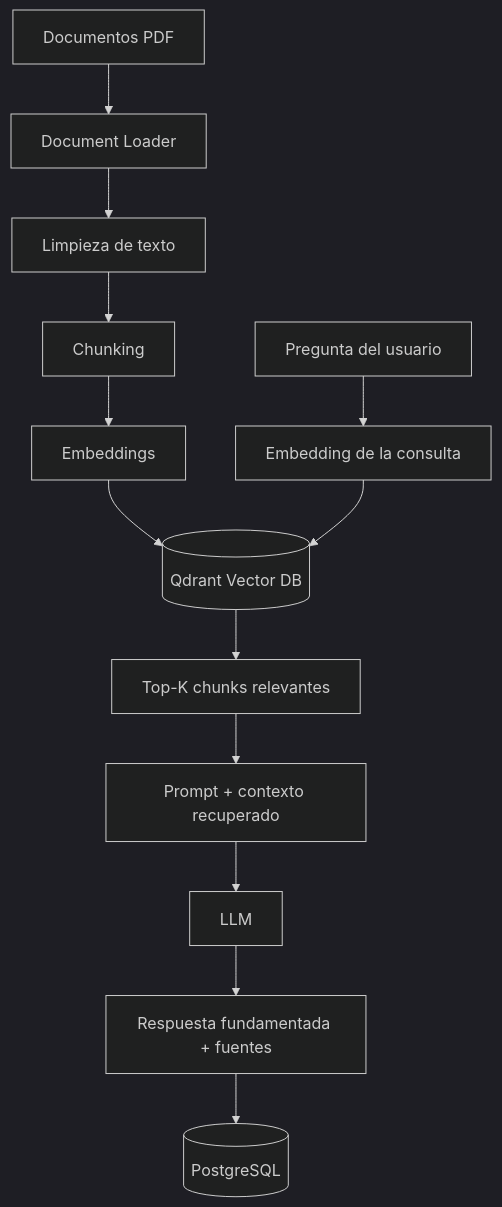
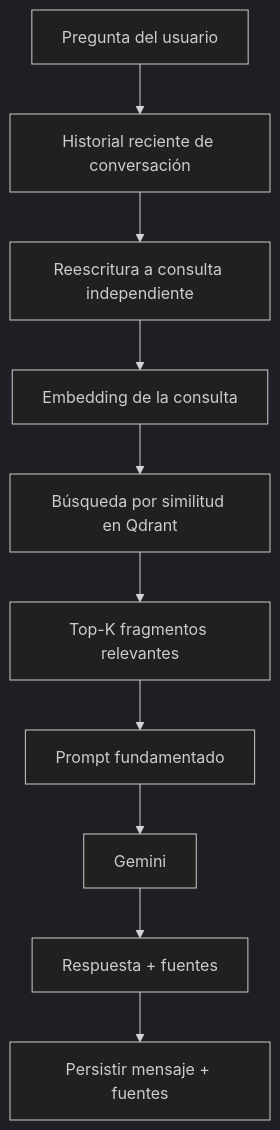
Before and after one commit to JohanMV/enterprise-rag-assistant: the third of 3 diagrams in README.es.md, drawn with Mermaid (dark theme). The commit also changed other lines of this file, not shown here.

Commit message:
docs: update Spanish README with current architecture, features, and pipeline details

````diff
--- a/README.es.md
+++ b/README.es.md
@@ -43,17 +102,12 @@
 ```mermaid
 flowchart TD
-    A[Documentos PDF] --> B[Document Loader]
-    B --> C[Limpieza de texto]
-    C --> D[Chunking]
-    D --> E[Embeddings]
-    E --> F[(Qdrant Vector DB)]
-
-    U[Pregunta del usuario] --> G[Embedding de la consulta]
-    G --> F
-    F --> H[Top-K chunks relevantes]
-    H --> I[Prompt + contexto recuperado]
-    I --> J[LLM]
-    J --> K[Respuesta fundamentada + fuentes]
-
-    K --> L[(PostgreSQL)]
+    A[Pregunta del usuario] --> B[Historial reciente de conversación]
+    B --> C[Reescritura a consulta independiente]
+    C --> D[Embedding de la consulta]
+    D --> E[Búsqueda por similitud en Qdrant]
+    E --> F[Top-K fragmentos relevantes]
+    F --> G[Prompt fundamentado]
+    G --> H[Gemini]
+    H --> I[Respuesta + fuentes]
+    I --> J[Persistir mensaje + fuentes]
 ```
````
